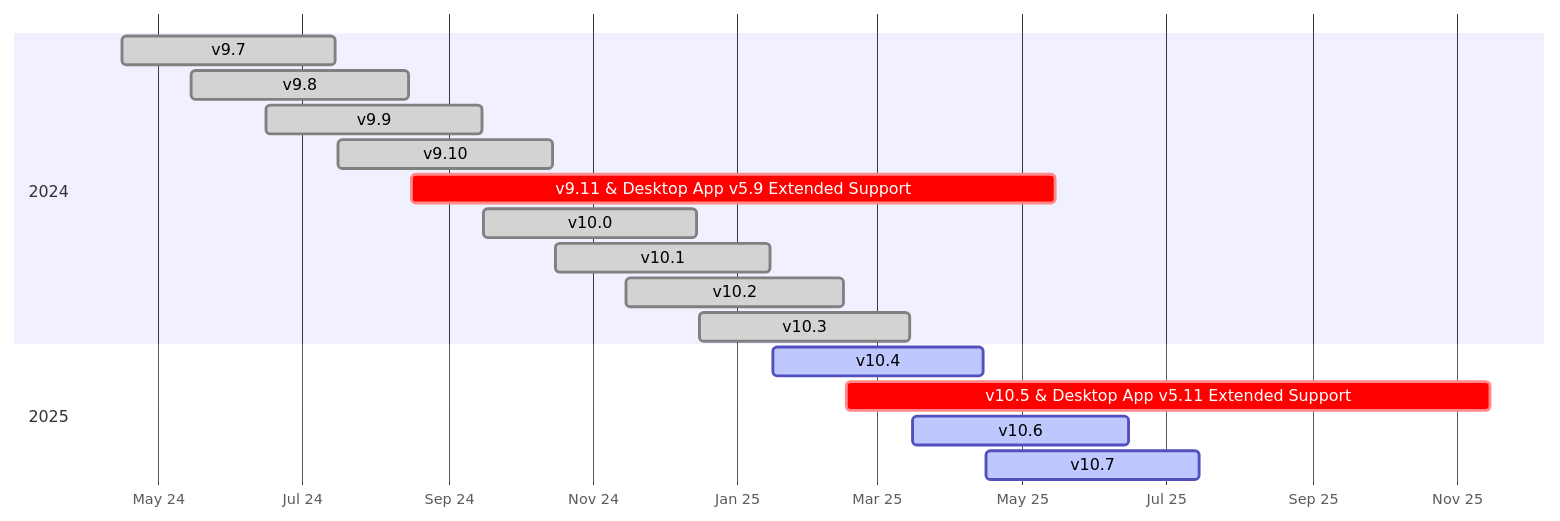
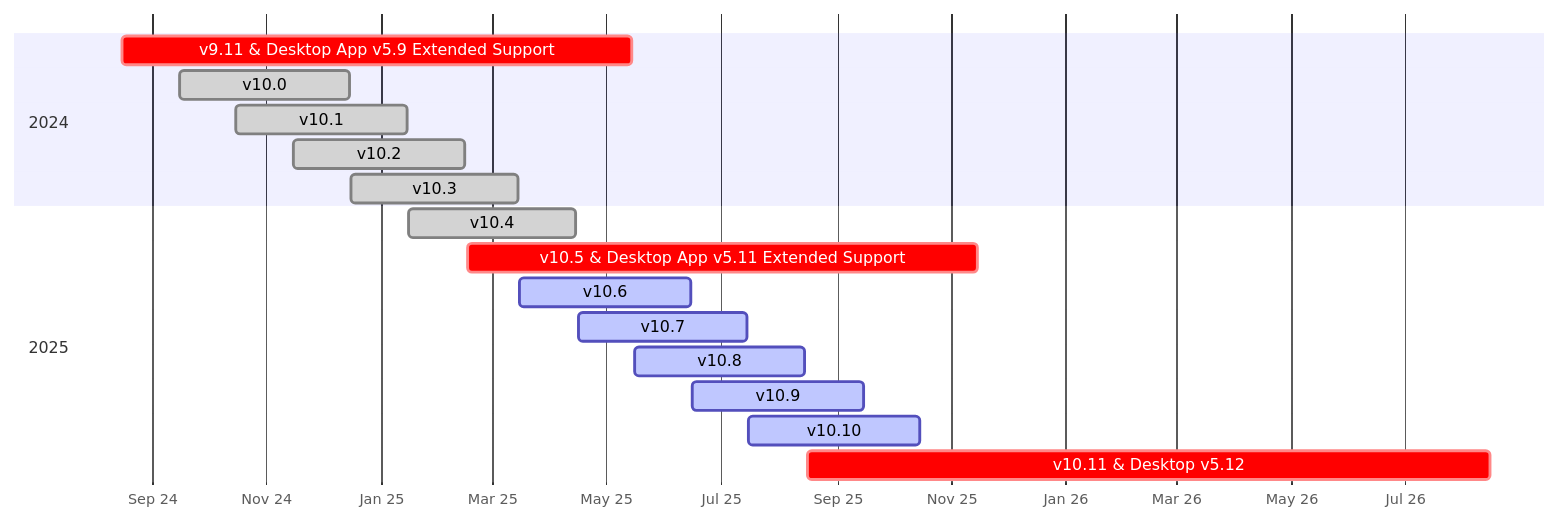
One commit to mattermost/docs changed the diagram in source/about/release-policy.md. Above: the diagram before and after it, drawn with Mermaid.

````diff
--- a/source/about/release-policy.md
+++ b/source/about/release-policy.md
@@ -48,24 +48,24 @@
 ```{mermaid}
 
 gantt
     dateFormat  YYYY-MM-DD
     axisFormat  %b %y
     tickInterval 2month
     
     section 2024
-    v9.7                   :done,  2024-04-16, 2024-07-15
-    v9.8                   :done,  2024-05-15, 2024-08-15
-    v9.9                   :done,  2024-06-16, 2024-09-15
-    v9.10                  :done,  2024-07-16, 2024-10-15
     v9.11 & Desktop App v5.9 Extended Support :crit,    2024-08-16, 2025-05-15
     v10.0                  :done,    2024-09-16, 2024-12-15
     v10.1                  :done,    2024-10-16, 2025-01-15
     v10.2                  :done,  2024-11-15, 2025-02-15
     v10.3                  :done,  2024-12-16, 2025-03-15
 
     section 2025
-    v10.4                  :active,  2025-01-16, 2025-04-15
+    v10.4                  :done,  2025-01-16, 2025-04-15
     v10.5 & Desktop App v5.11 Extended Support :crit,    2025-02-16, 2025-11-15
     v10.6                  :active, 2025-03-16, 2025-06-15
     v10.7                  :active, 2025-04-16, 2025-07-15
+    v10.8                  :active, 2025-05-16, 2025-08-15
+    v10.9                  :active, 2025-06-16, 2025-09-15
+    v10.10                 :active, 2025-07-16, 2025-10-15
+    v10.11 & Desktop v5.12 :crit, 2025-08-16, 2026-08-15
 ```
````
